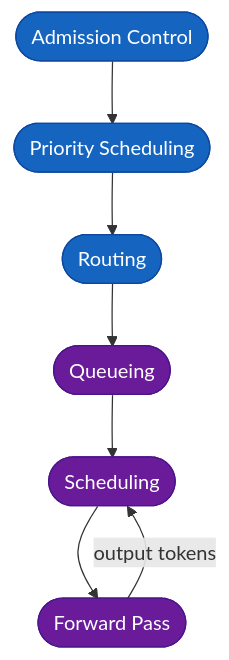
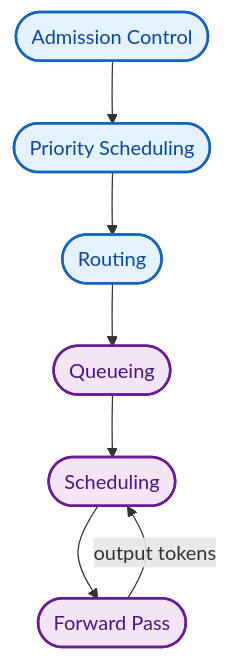
The diagram in docs/blog/posts/why-simulate-before-you-scale.md (inference-sim/inference-sim), drawn with Mermaid before and after one commit.

Commit message:
fix(docs): use light fills with dark text for diagram readability
Switch from dark-fill/white-text to light-fill/dark-text with
colored borders. Blue 50 fill + Blue 900 text for cluster nodes,
Purple 50 fill + Purple 900 text for instance nodes. Readable in
both light and dark mode.

````diff
--- a/docs/blog/posts/why-simulate-before-you-scale.md
+++ b/docs/blog/posts/why-simulate-before-you-scale.md
@@ -46,15 +46,15 @@
 ```mermaid
 flowchart TD
     AC(["Admission Control"]):::cluster
     PS(["Priority Scheduling"]):::cluster
     RT(["Routing"]):::cluster
     Q(["Queueing"]):::instance
     S(["Scheduling"]):::instance
     FP(["Forward Pass"]):::instance
 
     AC --> PS --> RT --> Q --> S --> FP
     FP -->|"output tokens"| S
 
-    classDef cluster fill:#1565c0,color:#fff,stroke:#0d47a1
-    classDef instance fill:#6a1b9a,color:#fff,stroke:#4a148c
+    classDef cluster fill:#e3f2fd,color:#0d47a1,stroke:#1565c0,stroke-width:2px
+    classDef instance fill:#f3e5f5,color:#4a148c,stroke:#6a1b9a,stroke-width:2px
 ```
````
